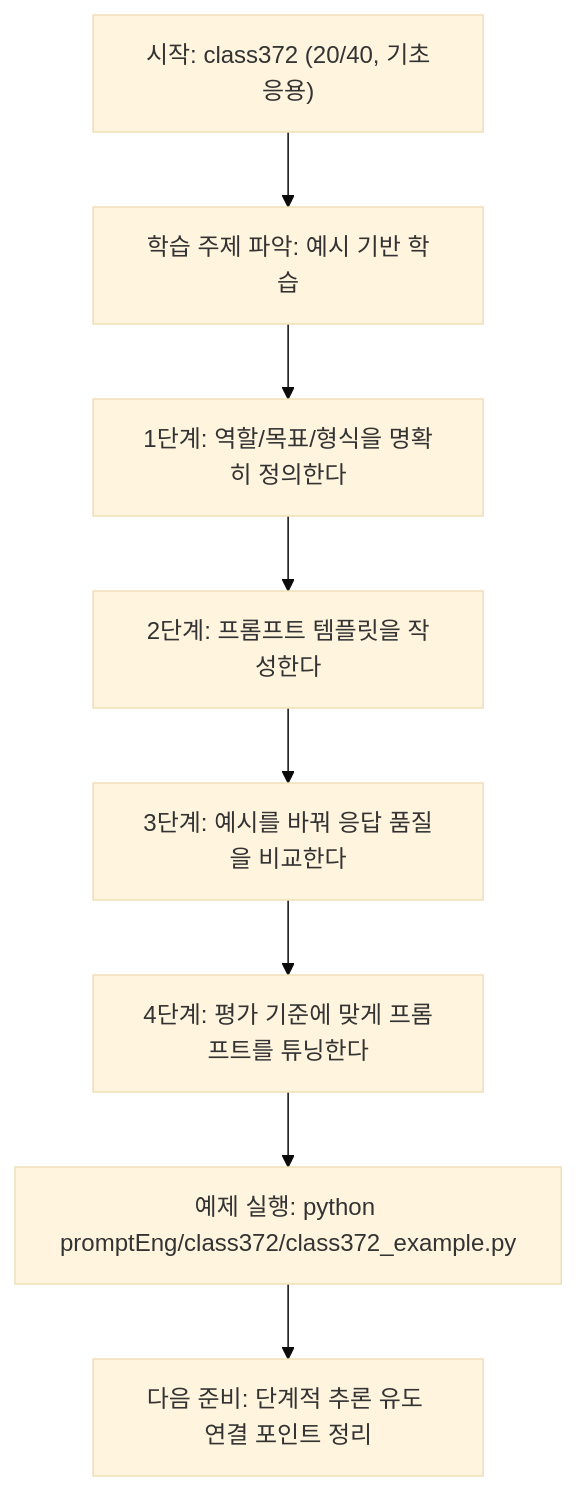
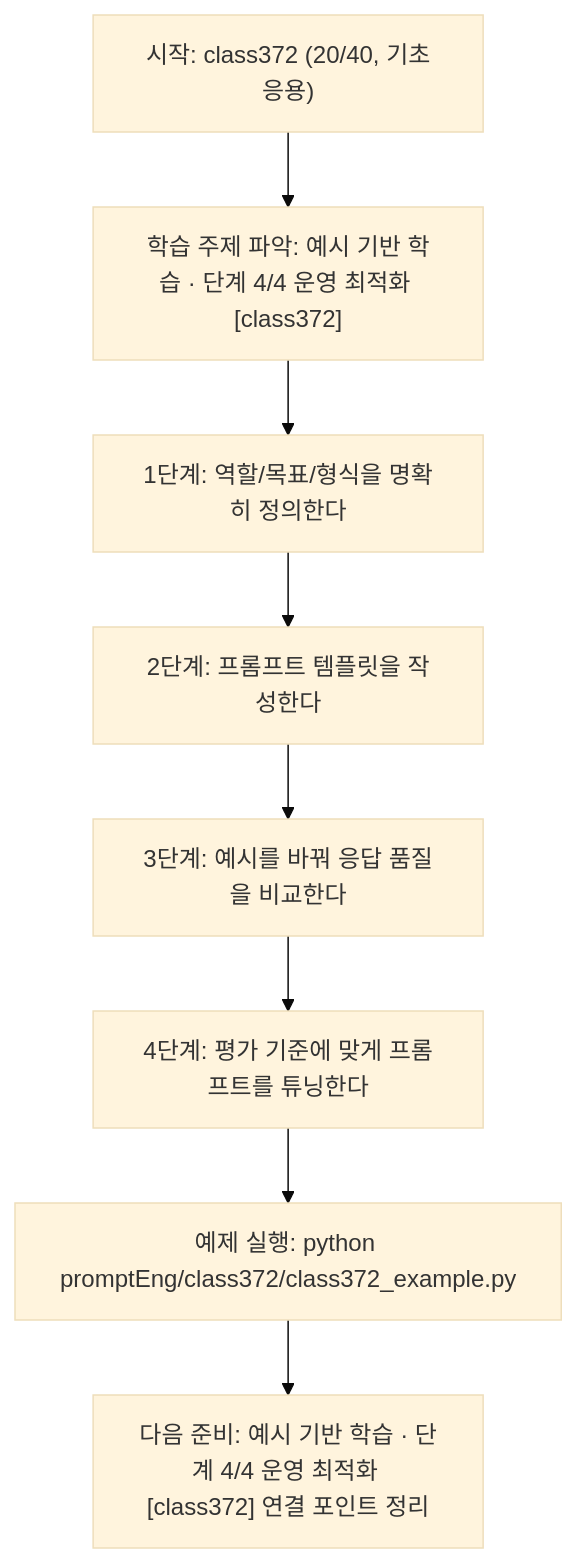
Before and after one commit to edumgt/Python-AI_Agent-Class: the diagram in promptEng/class372/class372.md, drawn with Mermaid (base theme). The commit also changed other lines of this file and 522 other files, not shown here.

````diff
--- a/promptEng/class372/class372.md
+++ b/promptEng/class372/class372.md
@@ -109,18 +110,18 @@
 ```mermaid
 flowchart TD
 N1["시작: class372 (20/40, 기초응용)"]
-N2["학습 주제 파악: 예시 기반 학습"]
+N2["학습 주제 파악: 예시 기반 학습 · 단계 4/4 운영 최적화 [class372]"]
 N3["1단계: 역할/목표/형식을 명확히 정의한다"]
 N4["2단계: 프롬프트 템플릿을 작성한다"]
 N5["3단계: 예시를 바꿔 응답 품질을 비교한다"]
 N6["4단계: 평가 기준에 맞게 프롬프트를 튜닝한다"]
 N7["예제 실행: python promptEng/class372/class372_example.py"]
-N8["다음 준비: 단계적 추론 유도 연결 포인트 정리"]
+N8["다음 준비: 예시 기반 학습 · 단계 4/4 운영 최적화 [class372] 연결 포인트 정리"]
 N1 --> N2
 N2 --> N3
 N3 --> N4
 N4 --> N5
 N5 --> N6
 N6 --> N7
 N7 --> N8
 ```
````
